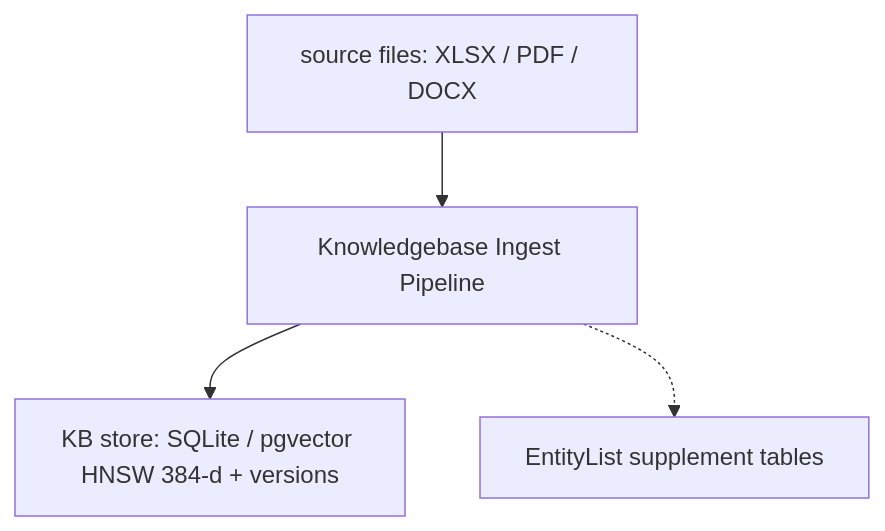
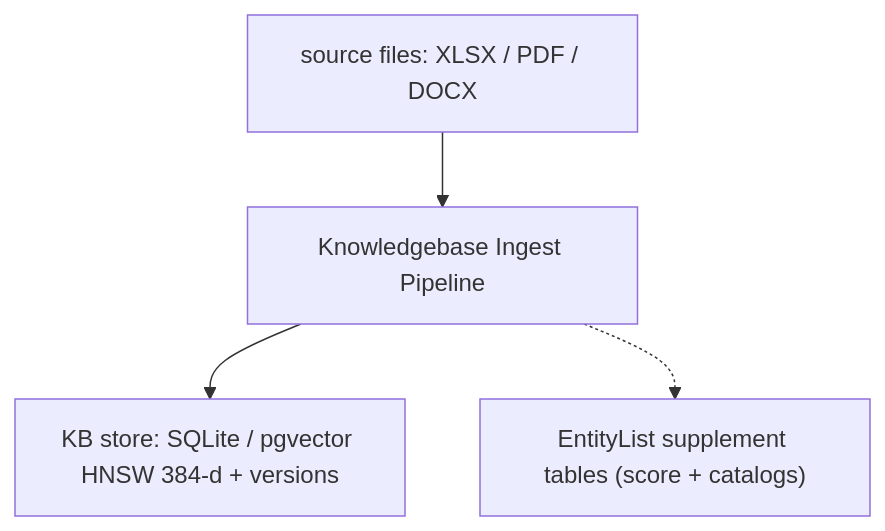
Before and after one commit to AliNikkhah2001/Work_RAG-KB: the second of 4 diagrams in README.md, drawn with Mermaid. The commit also changed other lines of this file and 4 other files, not shown here.

First line of the commit message:
feat: structured EntityLists for score tables and ضمیمه catalogs

````diff
--- a/README.md
+++ b/README.md
@@ -111,10 +113,10 @@
 ```mermaid
 flowchart TB
     SRC["source files: XLSX / PDF / DOCX"]
     PIPE["Knowledgebase Ingest Pipeline"]
     STORE["KB store: SQLite / pgvector HNSW 384-d + versions"]
-    ENT["EntityList supplement tables"]
+    ENT["EntityList supplement tables (score + catalogs)"]
 
     SRC --> PIPE --> STORE
     PIPE -.-> ENT
 ```
````
